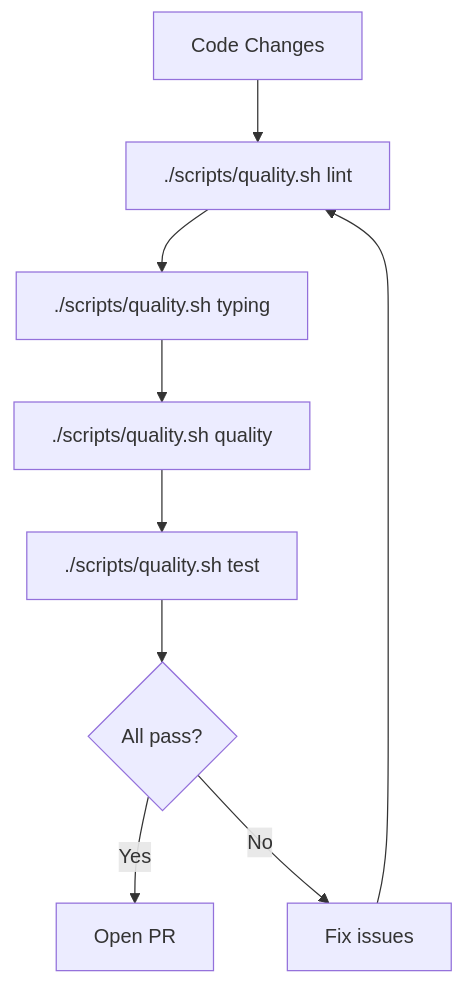
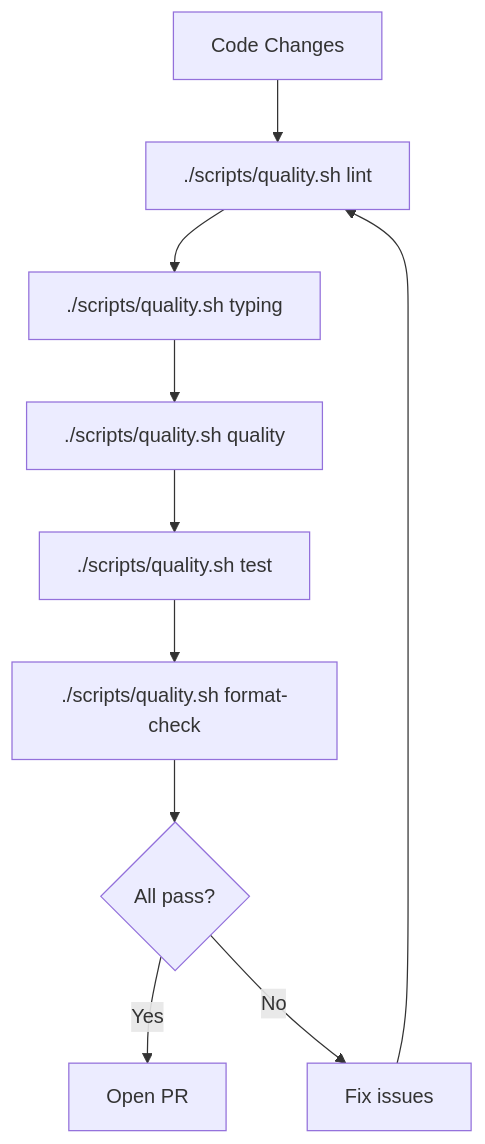
Before and after one commit to woopstar/hsem: the diagram in docs/quality-checks.md, drawn with Mermaid. The commit also changed other lines of this file and 2 other files, not shown here.

Commit message:
chore(quality): actually enforce ruff, in `all` and in CI (#1076)

````diff
--- a/docs/quality-checks.md
+++ b/docs/quality-checks.md
@@ -80,10 +87,11 @@
 ```mermaid
 flowchart TD
     A[Code Changes] --> B[./scripts/quality.sh lint]
     B --> C[./scripts/quality.sh typing]
     C --> D[./scripts/quality.sh quality]
     D --> E[./scripts/quality.sh test]
-    E --> F{All pass?}
+    E --> E2[./scripts/quality.sh format-check]
+    E2 --> F{All pass?}
     F -->|Yes| G[Open PR]
     F -->|No| H[Fix issues] --> B
 ```
````
